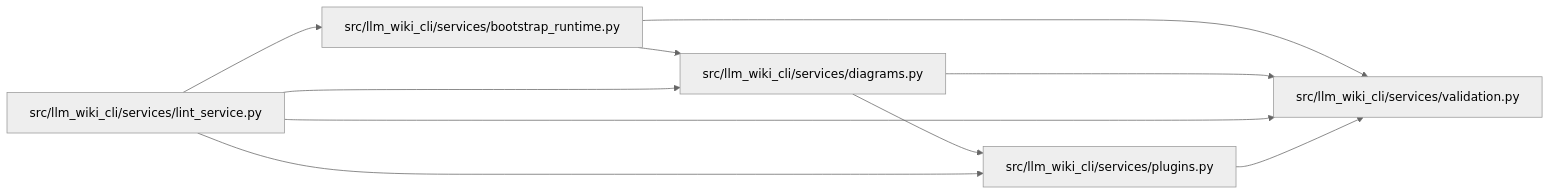
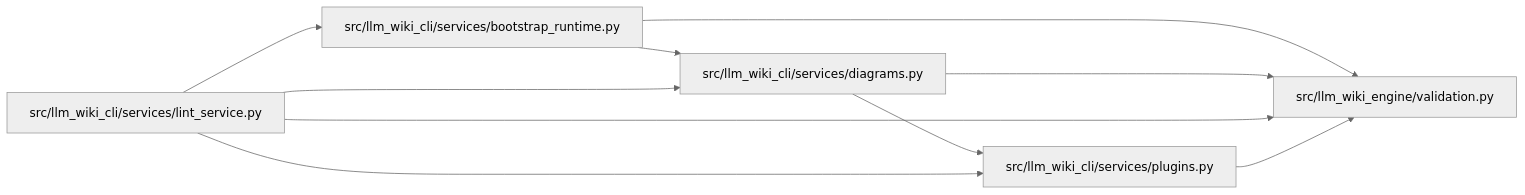
Before and after one commit to Denissvgn/python-wiki-llm: the diagram in docs/llm_wiki/modules/diagrams.md, drawn with Mermaid (neutral theme). The commit also changed other lines of this file and 1103 other files, not shown here.

First line of the commit message:
docs: refresh the wiki for the llm-wiki-engine distribution

````diff
--- a/docs/llm_wiki/modules/diagrams.md
+++ b/docs/llm_wiki/modules/diagrams.md
@@ -31,22 +31,22 @@
 ```mermaid
 flowchart LR
     n0["src/llm_wiki_cli/services/bootstrap_runtime.py"]
     n1["src/llm_wiki_cli/services/diagrams.py"]
     n2["src/llm_wiki_cli/services/lint_service.py"]
     n3["src/llm_wiki_cli/services/plugins.py"]
-    n4["src/llm_wiki_cli/services/validation.py"]
+    n4["src/llm_wiki_engine/validation.py"]
     n0 --> n1
     n0 --> n4
     n1 --> n3
     n1 --> n4
     n2 --> n0
     n2 --> n1
     n2 --> n3
     n2 --> n4
     n3 --> n4
     click n0 "../modules/bootstrap_runtime.md"
     click n1 "../modules/diagrams.md"
     click n2 "../modules/lint_service.md"
     click n3 "../modules/plugins.md"
     click n4 "../modules/validation.md"
 ```
````
